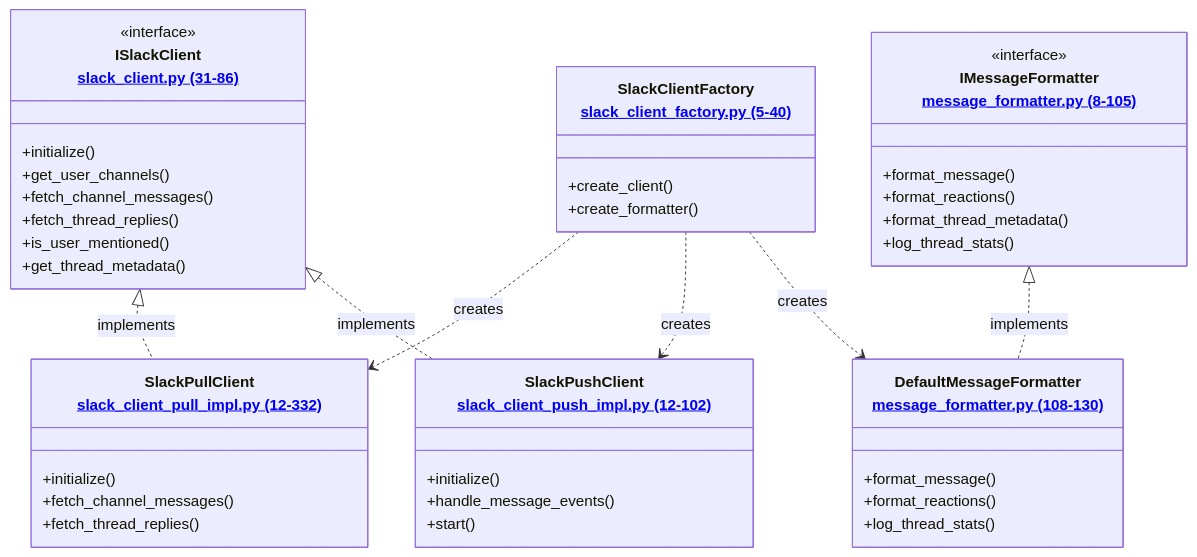
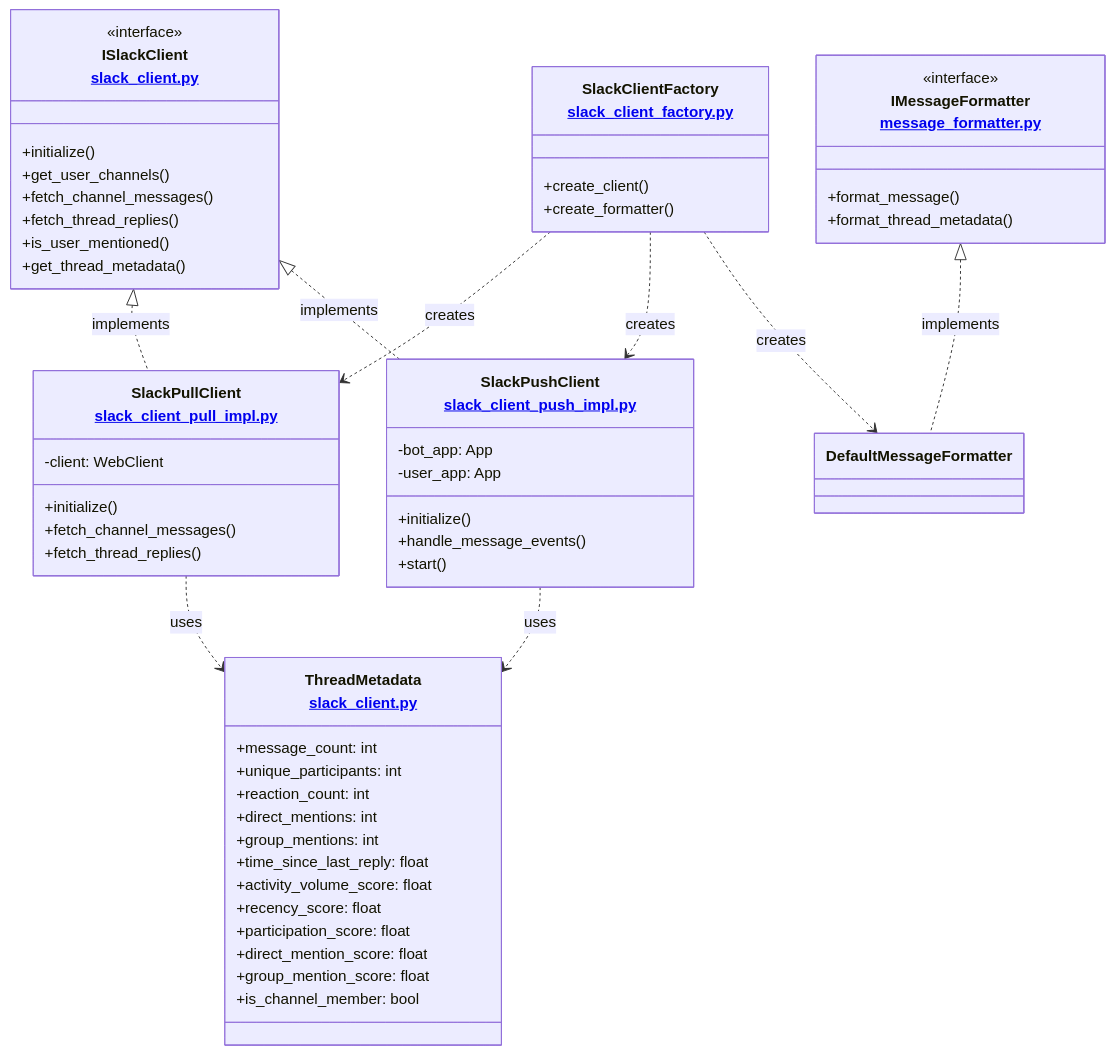
One commit to git-kush-origin/eventForge changed the diagram in slack/docs/slack_client.md. Above: the diagram before and after it, drawn with Mermaid. The commit also changed other lines of this file and 5 other files, not shown here.

````diff
--- a/slack/docs/slack_client.md
+++ b/slack/docs/slack_client.md
@@ -7,54 +41,67 @@
 ```mermaid
 classDiagram
     %% Core Interfaces
-    class ISlackClient["ISlackClient<br/><a href='../slack_client.py'>slack_client.py (31-86)</a>"] {
+    class ISlackClient["ISlackClient<br/><a href='../slack_client.py'>slack_client.py</a>"] {
         <<interface>>
         +initialize()
         +get_user_channels()
         +fetch_channel_messages()
         +fetch_thread_replies()
         +is_user_mentioned()
         +get_thread_metadata()
     }
     
-    class IMessageFormatter["IMessageFormatter<br/><a href='../message_formatter.py'>message_formatter.py (8-105)</a>"] {
+    class IMessageFormatter["IMessageFormatter<br/><a href='../message_formatter.py'>message_formatter.py</a>"] {
         <<interface>>
         +format_message()
-        +format_reactions()
         +format_thread_metadata()
-        +log_thread_stats()
+    }
+
+    %% Data Classes
+    class ThreadMetadata["ThreadMetadata<br/><a href='../slack_client.py'>slack_client.py</a>"] {
+        +message_count: int
+        +unique_participants: int
+        +reaction_count: int
+        +direct_mentions: int
+        +group_mentions: int
+        +time_since_last_reply: float
+        +activity_volume_score: float
+        +recency_score: float
+        +participation_score: float
+        +direct_mention_score: float
+        +group_mention_score: float
+        +is_channel_member: bool
     }
 
     %% Implementations
-    class SlackPullClient["SlackPullClient<br/><a href='../slack_client_pull_impl.py'>slack_client_pull_impl.py (12-332)</a>"] {
+    class SlackPullClient["SlackPullClient<br/><a href='../slack_client_pull_impl.py'>slack_client_pull_impl.py</a>"] {
+        -client: WebClient
         +initialize()
         +fetch_channel_messages()
         +fetch_thread_replies()
     }
 
-    class SlackPushClient["SlackPushClient<br/><a href='../slack_client_push_impl.py'>slack_client_push_impl.py (12-102)</a>"] {
+    class SlackPushClient["SlackPushClient<br/><a href='../slack_client_push_impl.py'>slack_client_push_impl.py</a>"] {
+        -bot_app: App
+        -user_app: App
         +initialize()
         +handle_message_events()
         +start()
     }
 
-    class DefaultMessageFormatter["DefaultMessageFormatter<br/><a href='../message_formatter.py'>message_formatter.py (108-130)</a>"] {
-        +format_message()
-        +format_reactions()
-        +log_thread_stats()
-    }
-
     %% Factory
-    class SlackClientFactory["SlackClientFactory<br/><a href='../slack_client_factory.py'>slack_client_factory.py (5-40)</a>"] {
+    class SlackClientFactory["SlackClientFactory<br/><a href='../slack_client_factory.py'>slack_client_factory.py</a>"] {
         +create_client()
         +create_formatter()
     }
 
     %% Relationships
     ISlackClient <|.. SlackPullClient : implements
     ISlackClient <|.. SlackPushClient : implements
     IMessageFormatter <|.. DefaultMessageFormatter : implements
     SlackClientFactory ..> SlackPullClient : creates
     SlackClientFactory ..> SlackPushClient : creates
     SlackClientFactory ..> DefaultMessageFormatter : creates
+    SlackPullClient ..> ThreadMetadata : uses
+    SlackPushClient ..> ThreadMetadata : uses
 ```
````
